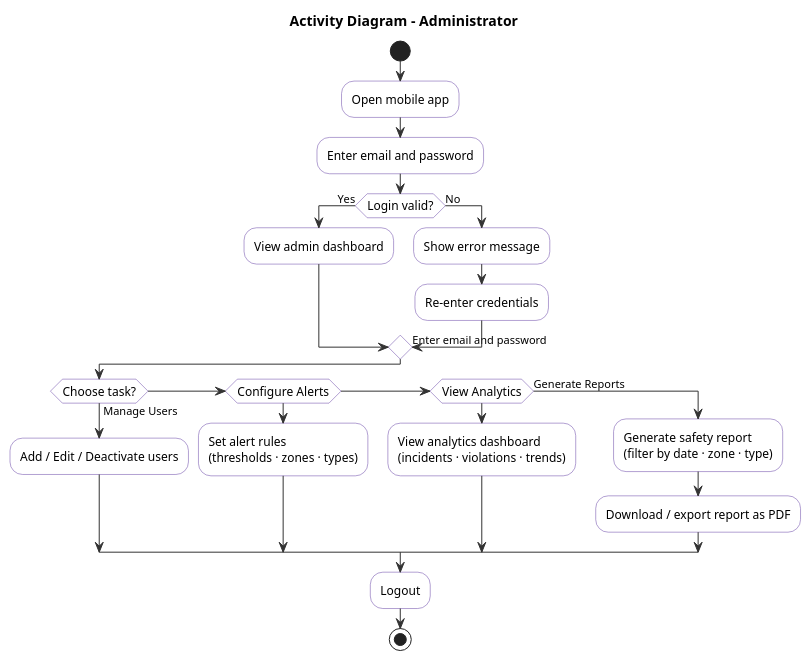
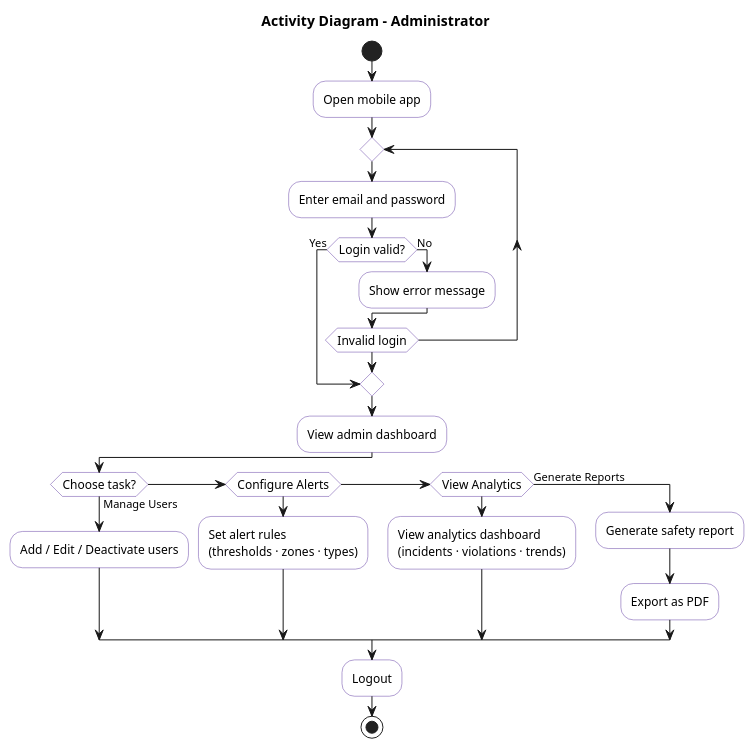
Before and after one commit to Ali-CTRLS/Traffic-safety-mobile-app: the diagram in Activity-Diagram/Admin.puml, drawn with PlantUML. The commit also changed 20 other files, not shown here.

Commit message:
feat: add system architecture, activity, sequence, and misuse case diagrams with corresponding SRS documentation

```diff
--- a/Activity-Diagram/Admin.puml
+++ b/Activity-Diagram/Admin.puml
@@ -1,61 +1,50 @@
 @startuml Administrator_Activity
 
 skinparam backgroundColor #FFFFFF
 skinparam activity {
   BackgroundColor #FFFFFF
   BorderColor #6441A5
   FontSize 12
   FontName Arial
-}
-skinparam activityDiamond {
-  BackgroundColor #FFFFFF
-  BorderColor #6441A5
-}
-skinparam activityStart {
-  Color #222222
-}
-skinparam activityEnd {
-  Color #222222
-}
-skinparam arrow {
-  Color #333333
 }
 
 title Activity Diagram – Administrator
 
 |Administrator|
 
 start
 
 :Open mobile app;
 
-:Enter email and password;
+repeat
+  :Enter email and password;
 
-if (Login valid?) then (Yes)
-  :View admin dashboard;
-else (No)
-  :Show error message;
-  :Re-enter credentials;
-  -> Enter email and password;
-endif
+  if (Login valid?) then (Yes)
+    break
+  else (No)
+    :Show error message;
+  endif
+
+repeat while (Invalid login)
+
+:View admin dashboard;
 
 if (Choose task?) then (Manage Users)
   :Add / Edit / Deactivate users;
 
 elseif (Configure Alerts)
   :Set alert rules\n(thresholds · zones · types);
 
 elseif (View Analytics)
   :View analytics dashboard\n(incidents · violations · trends);
 
 else (Generate Reports)
-  :Generate safety report\n(filter by date · zone · type);
-  :Download / export report as PDF;
+  :Generate safety report;
+  :Export as PDF;
 
 endif
 
 :Logout;
 
 stop
-
 @enduml
```
